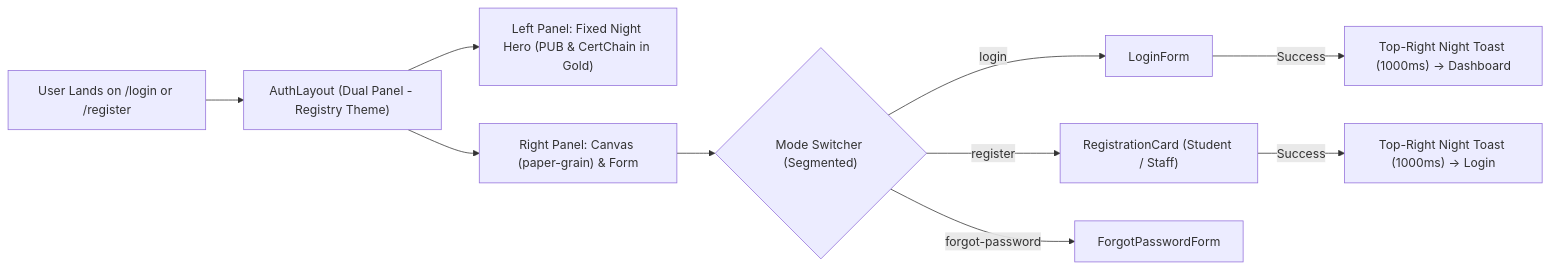
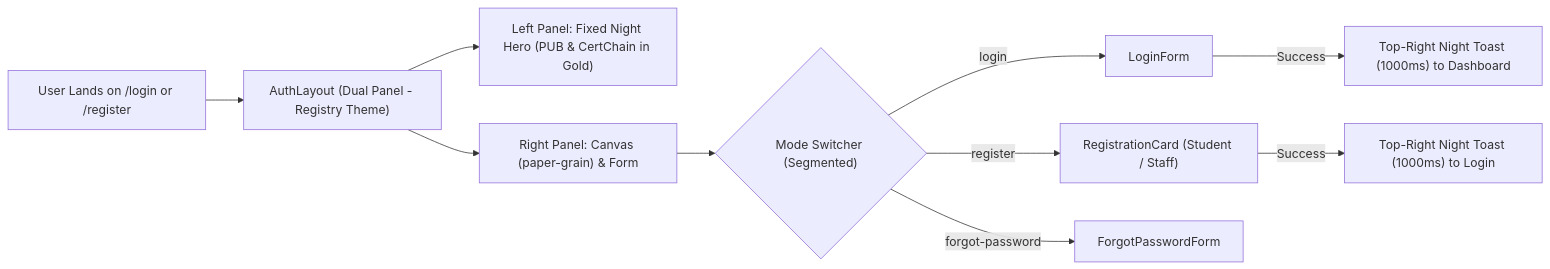
One commit to Md-Shakib-Akando/CertChain changed the diagram in docs/AUTH_UI_DESIGN.md. Above: the diagram before and after it, drawn with Mermaid. The commit also changed 2 other files, not shown here.

````diff
--- a/docs/AUTH_UI_DESIGN.md
+++ b/docs/AUTH_UI_DESIGN.md
@@ -19,12 +19,12 @@
 ```mermaid
 graph LR
     A["User Lands on /login or /register"] --> B["AuthLayout (Dual Panel - Registry Theme)"]
     B --> C["Left Panel: Fixed Night Hero (PUB & CertChain in Gold)"]
     B --> D["Right Panel: Canvas (paper-grain) & Form"]
     D --> E{"Mode Switcher (Segmented)"}
     E -->|login| F["LoginForm"]
     E -->|register| G["RegistrationCard (Student / Staff)"]
     E -->|forgot-password| H["ForgotPasswordForm"]
-    F -->|Success| I["Top-Right Night Toast (1000ms) -> Dashboard"]
-    G -->|Success| J["Top-Right Night Toast (1000ms) -> Login"]
+    F -->|"Success"| I["Top-Right Night Toast (1000ms) to Dashboard"]
+    G -->|"Success"| J["Top-Right Night Toast (1000ms) to Login"]
 ```
````
